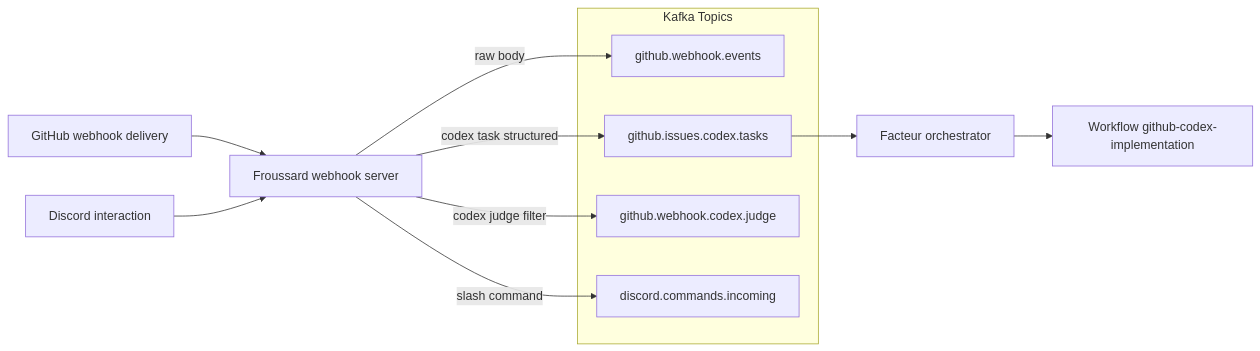
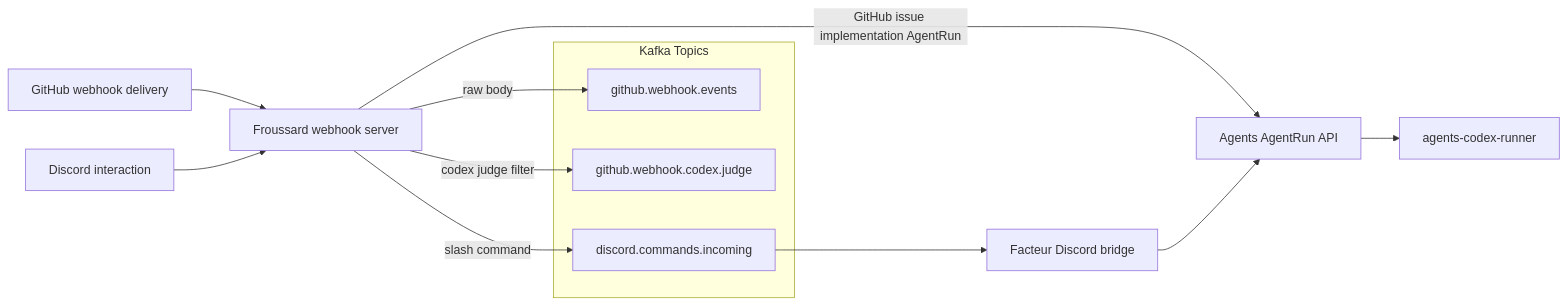
The diagram in apps/froussard/README.md (proompteng/lab), drawn with Mermaid before and after one commit. The commit also changed other lines of this file and 1111 other files, not shown here.

````diff
--- a/apps/froussard/README.md
+++ b/apps/froussard/README.md
@@ -10,17 +10,17 @@
 ```mermaid
 flowchart LR
   GH[GitHub webhook delivery] --> Froussard[Froussard webhook server]
   Discord[Discord interaction] --> Froussard
   subgraph Kafka Topics
     Raw[github.webhook.events]
-    Structured[github.issues.codex.tasks]
     CodexJudge[github.webhook.codex.judge]
     DiscordTopic[discord.commands.incoming]
   end
   Froussard -->|raw body| Raw
   Froussard -->|codex judge filter| CodexJudge
-  Froussard -->|codex task structured| Structured
+  Froussard -->|GitHub issue implementation AgentRun| Agents
   Froussard -->|slash command| DiscordTopic
-  Structured --> Facteur[Facteur orchestrator]
-  Facteur --> Implementation[Workflow github-codex-implementation]
+  DiscordTopic --> Facteur[Facteur Discord bridge]
+  Facteur --> Agents[Agents AgentRun API]
+  Agents --> Runner[agents-codex-runner]
 ```
````
